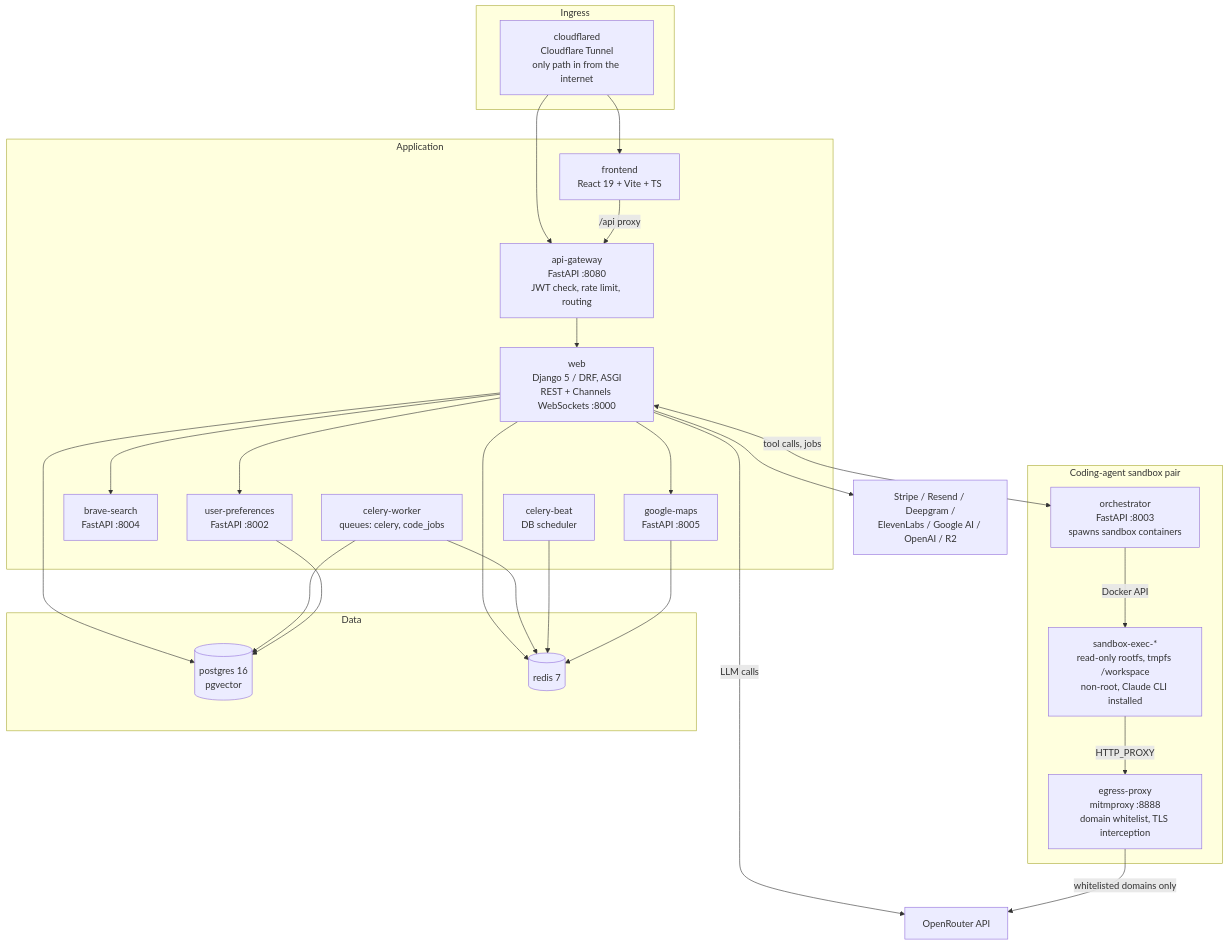
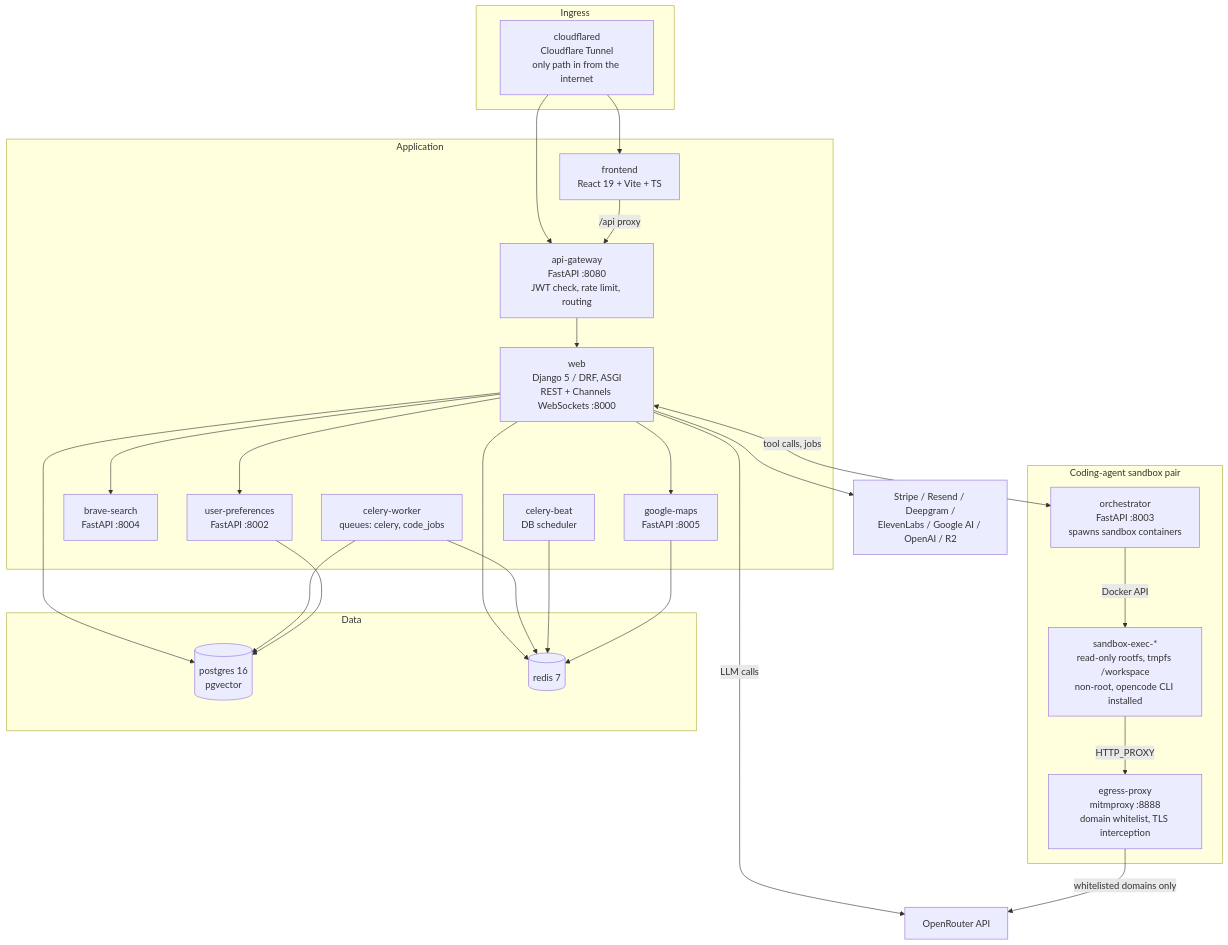
One commit to RachidChabane/sterna changed the first of 3 diagrams in docs/architecture.md. Above: the diagram before and after it, drawn with Mermaid. The commit also changed other lines of this file and 27 other files, not shown here.

````diff
--- a/docs/architecture.md
+++ b/docs/architecture.md
@@ -25,52 +25,52 @@
 ```mermaid
 flowchart TB
     subgraph ingress [Ingress]
         CF["cloudflared<br/>Cloudflare Tunnel<br/>only path in from the internet"]
     end
 
     subgraph app [Application]
         FE["frontend<br/>React 19 + Vite + TS"]
         GW["api-gateway<br/>FastAPI :8080<br/>JWT check, rate limit, routing"]
         WEB["web<br/>Django 5 / DRF, ASGI<br/>REST + Channels WebSockets :8000"]
         UP["user-preferences<br/>FastAPI :8002"]
         BS["brave-search<br/>FastAPI :8004"]
         GM["google-maps<br/>FastAPI :8005"]
         CW["celery-worker<br/>queues: celery, code_jobs"]
         CB["celery-beat<br/>DB scheduler"]
     end
 
     subgraph sandbox [Coding-agent sandbox pair]
         ORCH["orchestrator<br/>FastAPI :8003<br/>spawns sandbox containers"]
-        SBX["sandbox-exec-*<br/>read-only rootfs, tmpfs /workspace<br/>non-root, Claude CLI installed"]
+        SBX["sandbox-exec-*<br/>read-only rootfs, tmpfs /workspace<br/>non-root, opencode CLI installed"]
         EG["egress-proxy<br/>mitmproxy :8888<br/>domain whitelist, TLS interception"]
     end
 
     subgraph data [Data]
         PG[("postgres 16<br/>pgvector")]
         RD[("redis 7")]
     end
 
     EXT1["OpenRouter API"]
     EXT2["Stripe / Resend / Deepgram /<br/>ElevenLabs / Google AI / OpenAI / R2"]
 
     CF --> FE
     CF --> GW
     FE -->|/api proxy| GW
     GW --> WEB
     WEB --> PG
     WEB --> RD
     WEB --> UP
     WEB --> BS
     WEB --> GM
     WEB -->|LLM calls| EXT1
     WEB --> EXT2
     WEB <-->|tool calls, jobs| ORCH
     CW --> RD
     CW --> PG
     CB --> RD
     ORCH -->|Docker API| SBX
     SBX -->|HTTP_PROXY| EG
     EG -->|whitelisted domains only| EXT1
     UP --> PG
     GM --> RD
 ```
````
